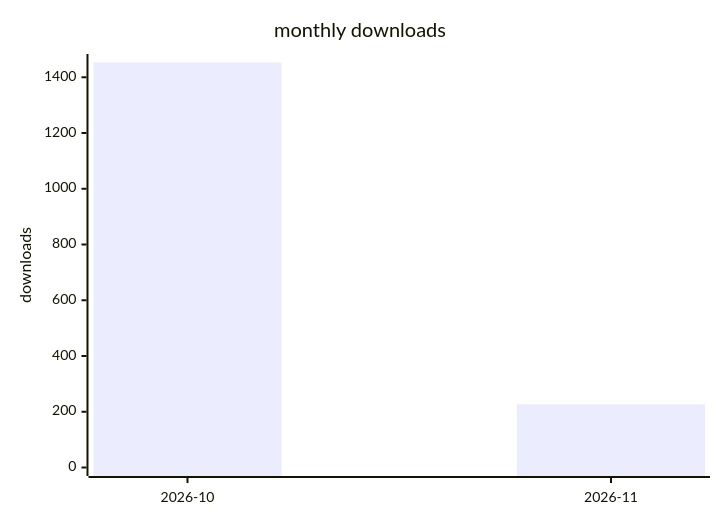
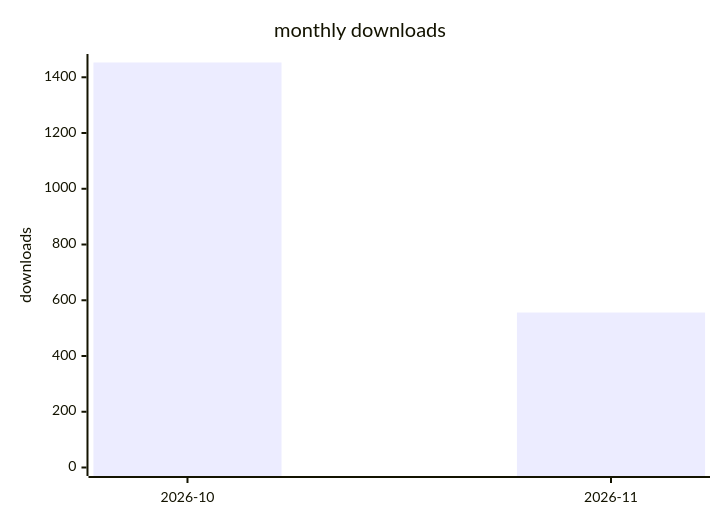
Before and after one commit to terry2010/dsh-loop-recover: the second of 2 diagrams in docs/downloads-2026.md, drawn with Mermaid. The commit also changed other lines of this file and 1 other file, not shown here.

````diff
--- a/docs/downloads-2026.md
+++ b/docs/downloads-2026.md
@@ -29,7 +29,7 @@
 ```mermaid
 xychart-beta
     title "monthly downloads"
     x-axis ["2026-10", "2026-11"]
     y-axis "downloads" 0 --> 1453
-    bar [1453, 227]
+    bar [1453, 556]
 ```
````
